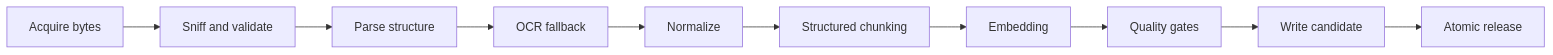
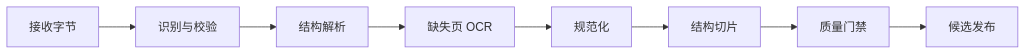
The diagram in docs/backend/python-document-pipeline.md (upJiang/jiang-blog-vitepress), drawn with Mermaid before and after one commit. The commit also changed other lines of this file and 164 other files, not shown here.

````diff
--- a/docs/backend/python-document-pipeline.md
+++ b/docs/backend/python-document-pipeline.md
@@ -49,12 +24,10 @@
 ```mermaid
 flowchart LR
-  A[Acquire bytes] --> B[Sniff and validate]
-  B --> C[Parse structure]
-  C --> D[OCR fallback]
-  D --> E[Normalize]
-  E --> F[Structured chunking]
-  F --> G[Embedding]
-  G --> H[Quality gates]
-  H --> I[Write candidate]
-  I --> J[Atomic release]
+  A[接收字节] --> V[识别与校验]
+  V --> P[结构解析]
+  P --> O[缺失页 OCR]
+  O --> N[规范化]
+  N --> C[结构切片]
+  C --> Q[质量门禁]
+  Q --> R[候选发布]
 ```
````
